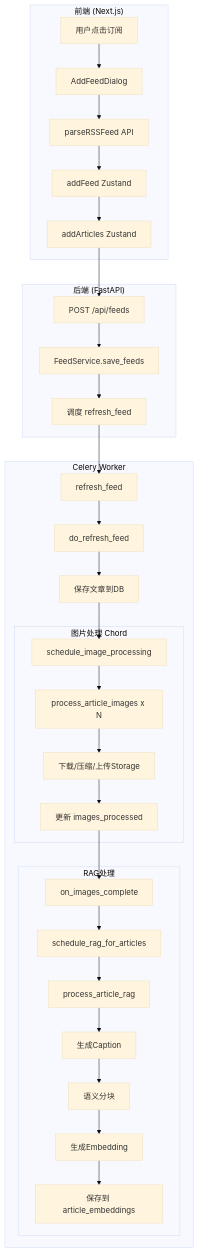
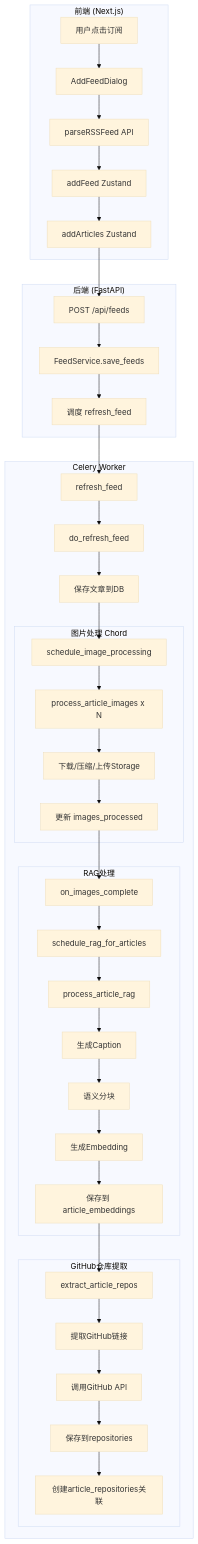
One commit to InvisibleQAQ/SaveHub_Supabase changed the first of 6 diagrams in docs/RSS_subscribe/RSS_FLOW_COMPLETE.md. Above: the diagram before and after it, drawn with Mermaid (base theme). The commit also changed other lines of this file and 10 other files, not shown here.

First line of the commit message:
feat(article): add GitHub repository extraction from article content

````diff
--- a/docs/RSS_subscribe/RSS_FLOW_COMPLETE.md
+++ b/docs/RSS_subscribe/RSS_FLOW_COMPLETE.md
@@ -50,40 +51,48 @@
 ```mermaid
 flowchart TB
     subgraph Frontend["前端 (Next.js)"]
         A[用户点击订阅] --> B[AddFeedDialog]
         B --> C[parseRSSFeed API]
         C --> D[addFeed Zustand]
         D --> E[addArticles Zustand]
     end
 
     subgraph Backend["后端 (FastAPI)"]
         F[POST /api/feeds] --> G[FeedService.save_feeds]
         G --> H[调度 refresh_feed]
     end
 
     subgraph Celery["Celery Worker"]
         I[refresh_feed] --> J[do_refresh_feed]
         J --> K[保存文章到DB]
         K --> L[schedule_image_processing]
 
         subgraph ImageProcessing["图片处理 Chord"]
             L --> M[process_article_images x N]
             M --> N[下载/压缩/上传Storage]
             N --> O[更新 images_processed]
         end
 
         O --> P[on_images_complete]
 
         subgraph RAGProcessing["RAG处理"]
             P --> Q[schedule_rag_for_articles]
             Q --> R[process_article_rag]
             R --> S[生成Caption]
             S --> T[语义分块]
             T --> U[生成Embedding]
             U --> V[保存到 article_embeddings]
         end
+
+        subgraph RepoExtraction["GitHub仓库提取"]
+            V --> W[extract_article_repos]
+            W --> X[提取GitHub链接]
+            X --> Y[调用GitHub API]
+            Y --> Z[保存到repositories]
+            Z --> AA[创建article_repositories关联]
+        end
     end
 
     E --> F
     H --> I
 ```
````
